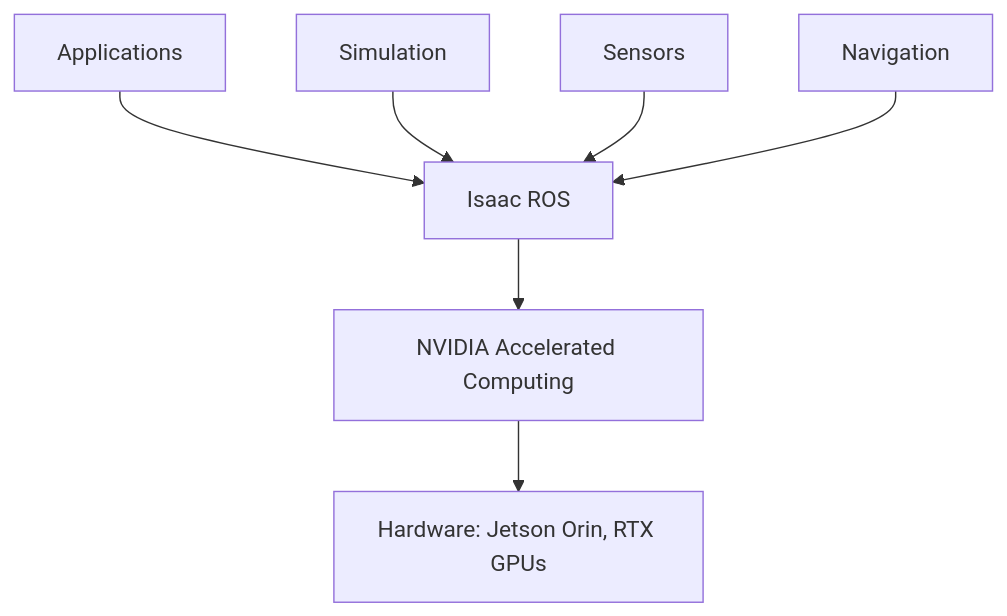
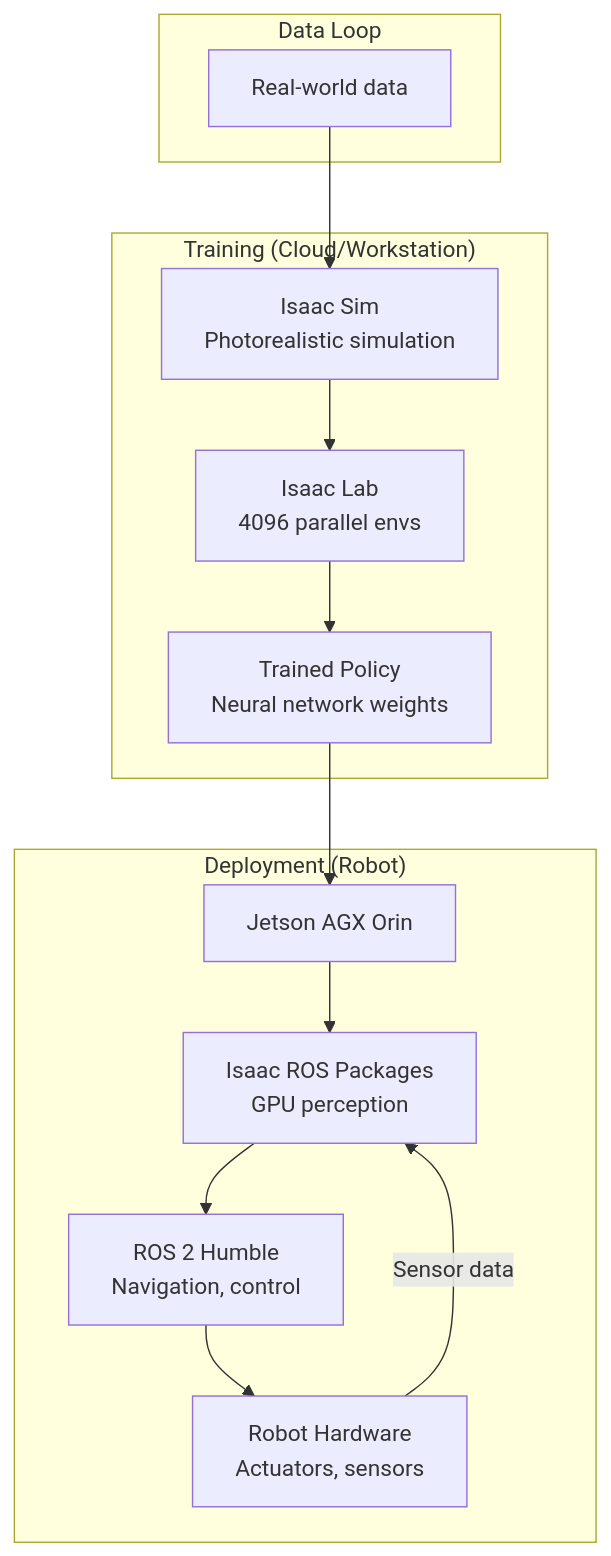
Before and after one commit to SheebaZaim/Physical-AI-and-Humanoid-Robtoics: the fifth of 5 diagrams in project/frontend/docs/isaac/introduction.md, drawn with Mermaid. The commit also changed other lines of this file and 15 other files, not shown here.

Commit message:
Enrich book content: comprehensive chapters with code, diagrams, images

````diff
--- a/project/frontend/docs/isaac/introduction.md
+++ b/project/frontend/docs/isaac/introduction.md
@@ -12,9 +242,26 @@
-  ```mermaid
-  graph TB
-      A[Applications] --> B[Isaac ROS]
-      B --> C[NVIDIA Accelerated Computing]
-      C --> D[Hardware: Jetson Orin, RTX GPUs]
-      E[Simulation] --> B
-      F[Sensors] --> B
-      G[Navigation] --> B
-  ```
+```mermaid
+graph TB
+    subgraph "Training (Cloud/Workstation)"
+        Sim[Isaac Sim<br/>Photorealistic simulation]
+        Lab[Isaac Lab<br/>4096 parallel envs]
+        Policy[Trained Policy<br/>Neural network weights]
+        Sim --> Lab
+        Lab --> Policy
+    end
+
+    subgraph "Deployment (Robot)"
+        Jetson2[Jetson AGX Orin]
+        IsaacROS[Isaac ROS Packages<br/>GPU perception]
+        ROS2_2[ROS 2 Humble<br/>Navigation, control]
+        HW[Robot Hardware<br/>Actuators, sensors]
+        Jetson2 --> IsaacROS
+        IsaacROS --> ROS2_2
+        ROS2_2 --> HW
+        Policy --> Jetson2
+    end
+
+    subgraph "Data Loop"
+        HW -->|Sensor data| IsaacROS
+        RealData[Real-world data] --> Sim
+    end
+```
````
